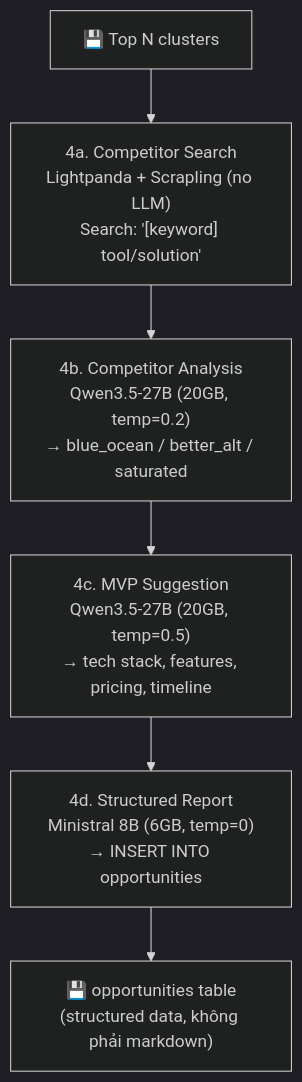
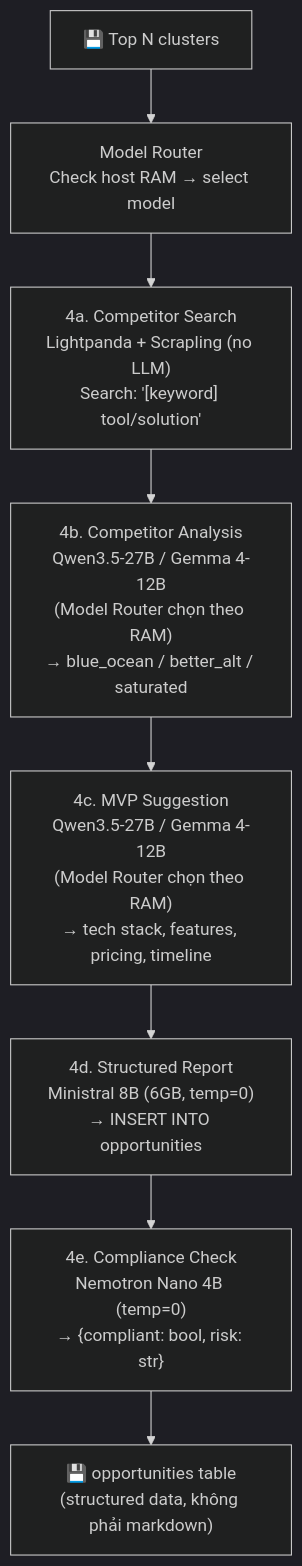
One commit to vanductai/research changed the fifth of 8 diagrams in biz/market_validation_system.md. Above: the diagram before and after it, drawn with Mermaid (dark theme). The commit also changed other lines of this file and 3 other files, not shown here.

Commit message:
feat: update market validation system with model routing, compliance checks, and expanded database schema

````diff
--- a/biz/market_validation_system.md
+++ b/biz/market_validation_system.md
@@ -139,15 +140,19 @@
 ```mermaid
 graph TD
     Ranked["💾 Top N clusters"]
     
+    MR["Model Router<br/>Check host RAM → select model"]
     F1["4a. Competitor Search<br/>Lightpanda + Scrapling (no LLM)<br/>Search: '[keyword] tool/solution'"]
-    F2["4b. Competitor Analysis<br/>Qwen3.5-27B (20GB, temp=0.2)<br/>→ blue_ocean / better_alt / saturated"]
-    F3["4c. MVP Suggestion<br/>Qwen3.5-27B (20GB, temp=0.5)<br/>→ tech stack, features, pricing, timeline"]
+    F2["4b. Competitor Analysis<br/>Qwen3.5-27B / Gemma 4-12B<br/>(Model Router chọn theo RAM)<br/>→ blue_ocean / better_alt / saturated"]
+    F3["4c. MVP Suggestion<br/>Qwen3.5-27B / Gemma 4-12B<br/>(Model Router chọn theo RAM)<br/>→ tech stack, features, pricing, timeline"]
     F4["4d. Structured Report<br/>Ministral 8B (6GB, temp=0)<br/>→ INSERT INTO opportunities"]
+    F5["4e. Compliance Check<br/>Nemotron Nano 4B (temp=0)<br/>→ {compliant: bool, risk: str}"]
     
-    Ranked --> F1
+    Ranked --> MR
+    MR --> F1
     F1 --> F2
     F2 --> F3
     F3 --> F4
-    F4 --> Report["💾 opportunities table<br/>(structured data, không phải markdown)"]
+    F4 --> F5
+    F5 --> Report["💾 opportunities table<br/>(structured data, không phải markdown)"]
 ```
````
